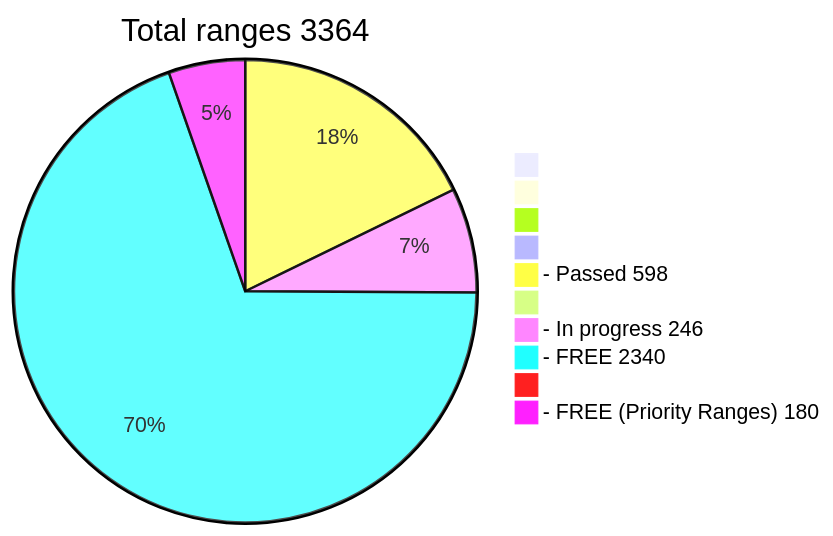
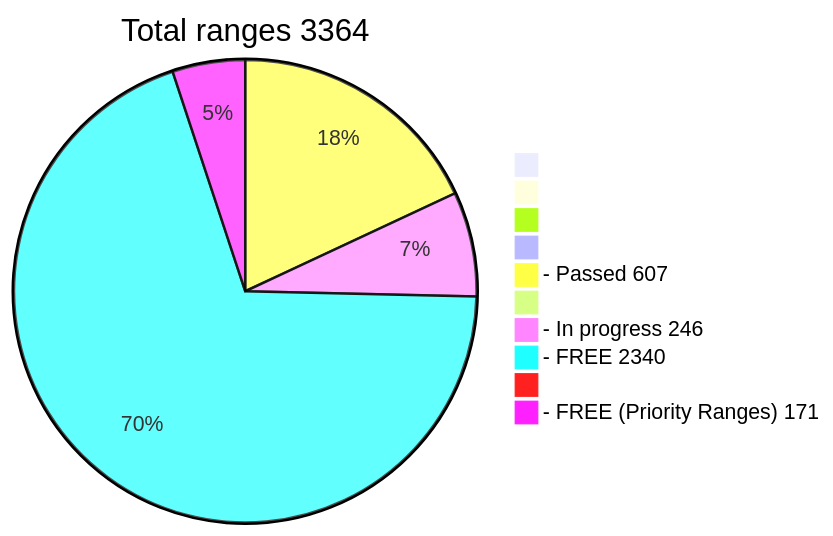
One commit to phrutis/wif500 changed the diagram in README.md. Above: the diagram before and after it, drawn with Mermaid.

````diff
--- a/README.md
+++ b/README.md
@@ -16,13 +16,13 @@
 ```mermaid
 pie title Total ranges 3364
              " " : 0
             "  " : 0
            "   " : 0
           "    " : 0
-  "- Passed 598" : 598
+  "- Passed 607" : 607
          "     " : 0
   "- In progress 246" : 246
    "- FREE 2340" : 2340
         "      " : 0
-  "- FREE (Priority Ranges) 180" : 180
+  "- FREE (Priority Ranges) 171" : 171
 ```
````
